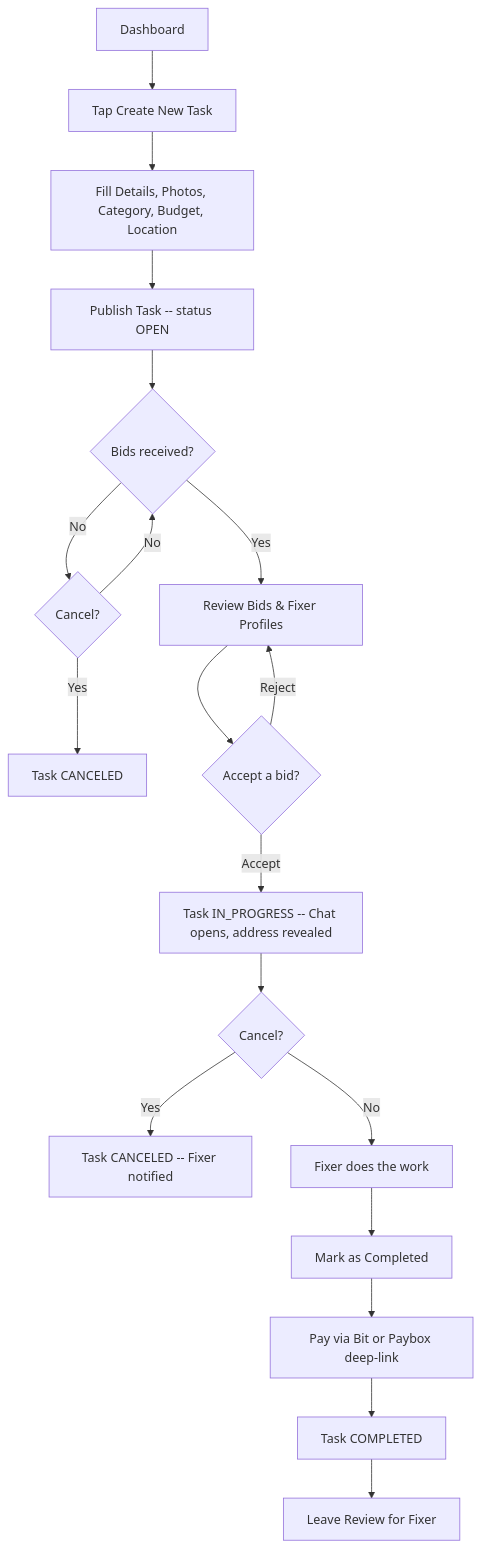
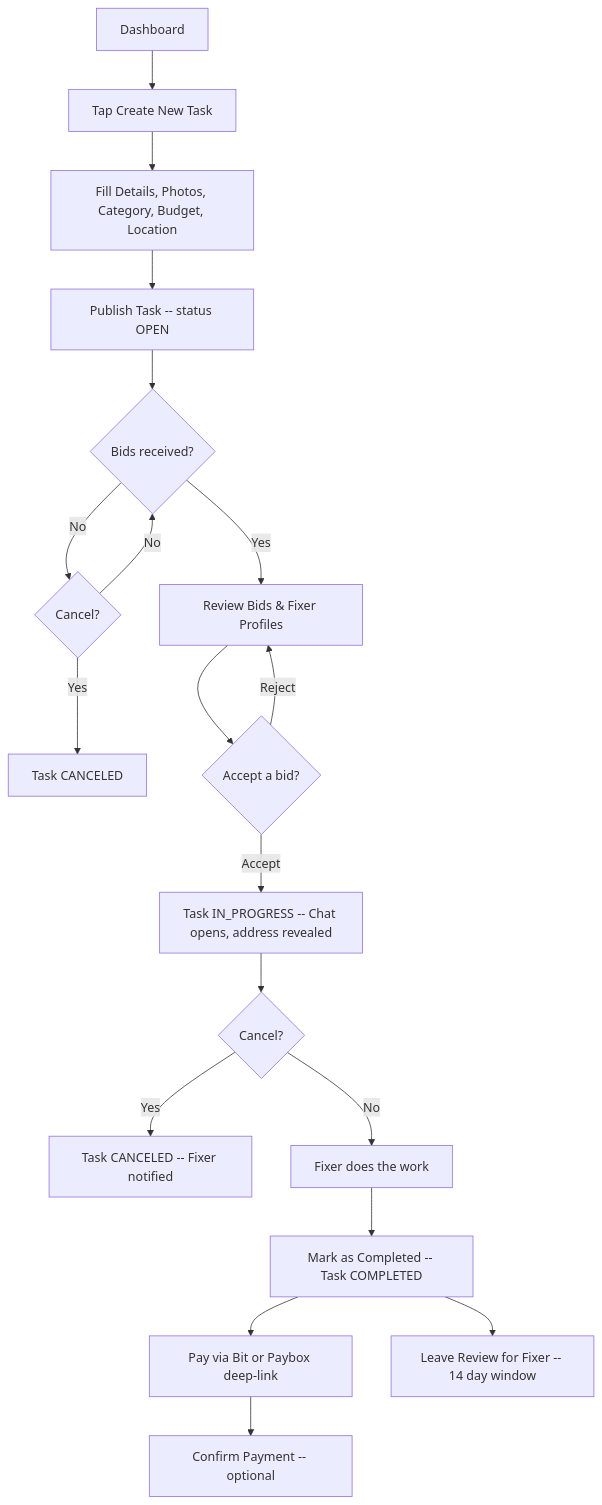
Before and after one commit to GuyStein1/CSFinalProject: the third of 5 diagrams in docs/05_User_Flows.md, drawn with Mermaid. The commit also changed other lines of this file and 10 other files, not shown here.

First line of the commit message:
docs: complete planning phase — finalize all architecture docs and development plan

````diff
--- a/docs/05_User_Flows.md
+++ b/docs/05_User_Flows.md
@@ -185,21 +190,21 @@
 ```mermaid
 flowchart TD
     A[Dashboard] --> B[Tap Create New Task]
     B --> C[Fill Details, Photos, Category, Budget, Location]
     C --> D[Publish Task -- status OPEN]
     D --> E{Bids received?}
     E -- No --> F{Cancel?}
     F -- Yes --> G[Task CANCELED]
     F -- No --> E
     E -- Yes --> H[Review Bids & Fixer Profiles]
     H --> I{Accept a bid?}
     I -- Reject --> H
     I -- Accept --> J[Task IN_PROGRESS -- Chat opens, address revealed]
     J --> K{Cancel?}
     K -- Yes --> L[Task CANCELED -- Fixer notified]
     K -- No --> M[Fixer does the work]
-    M --> N[Mark as Completed]
+    M --> N[Mark as Completed -- Task COMPLETED]
     N --> O[Pay via Bit or Paybox deep-link]
-    O --> P[Task COMPLETED]
-    P --> Q[Leave Review for Fixer]
+    O --> P[Confirm Payment -- optional]
+    N --> Q[Leave Review for Fixer -- 14 day window]
 ```
````
